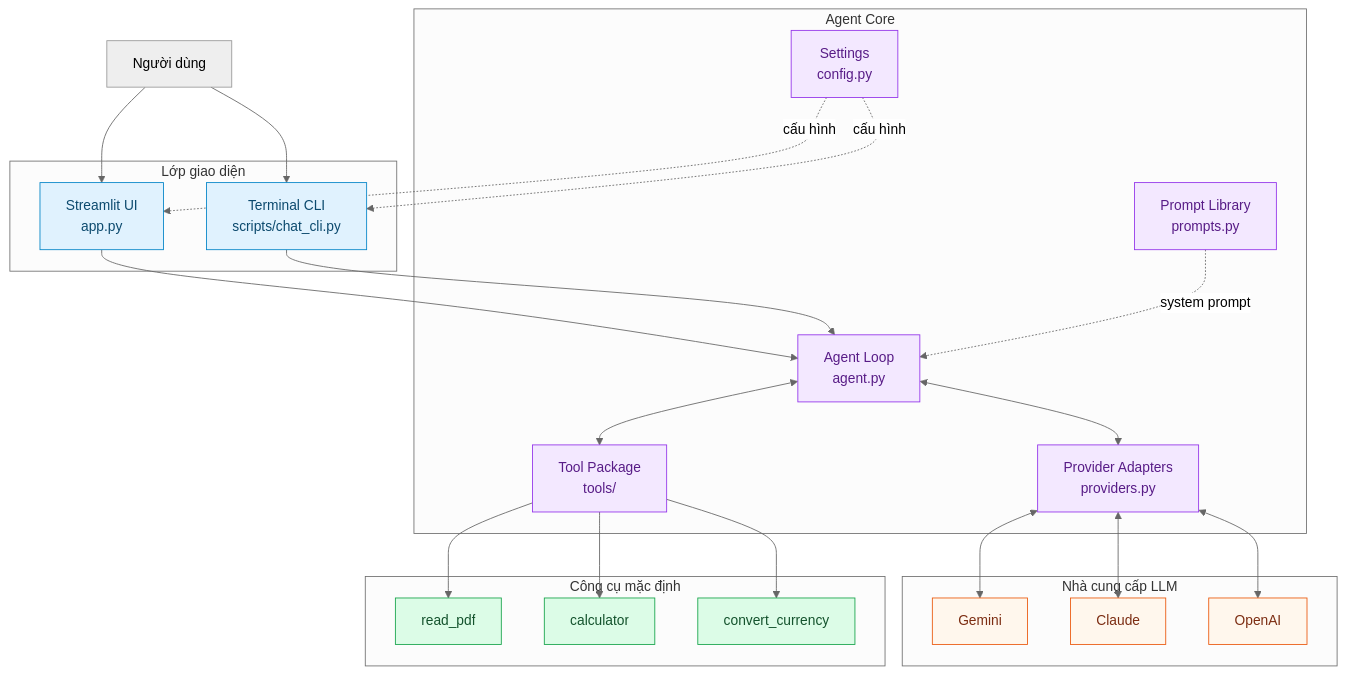
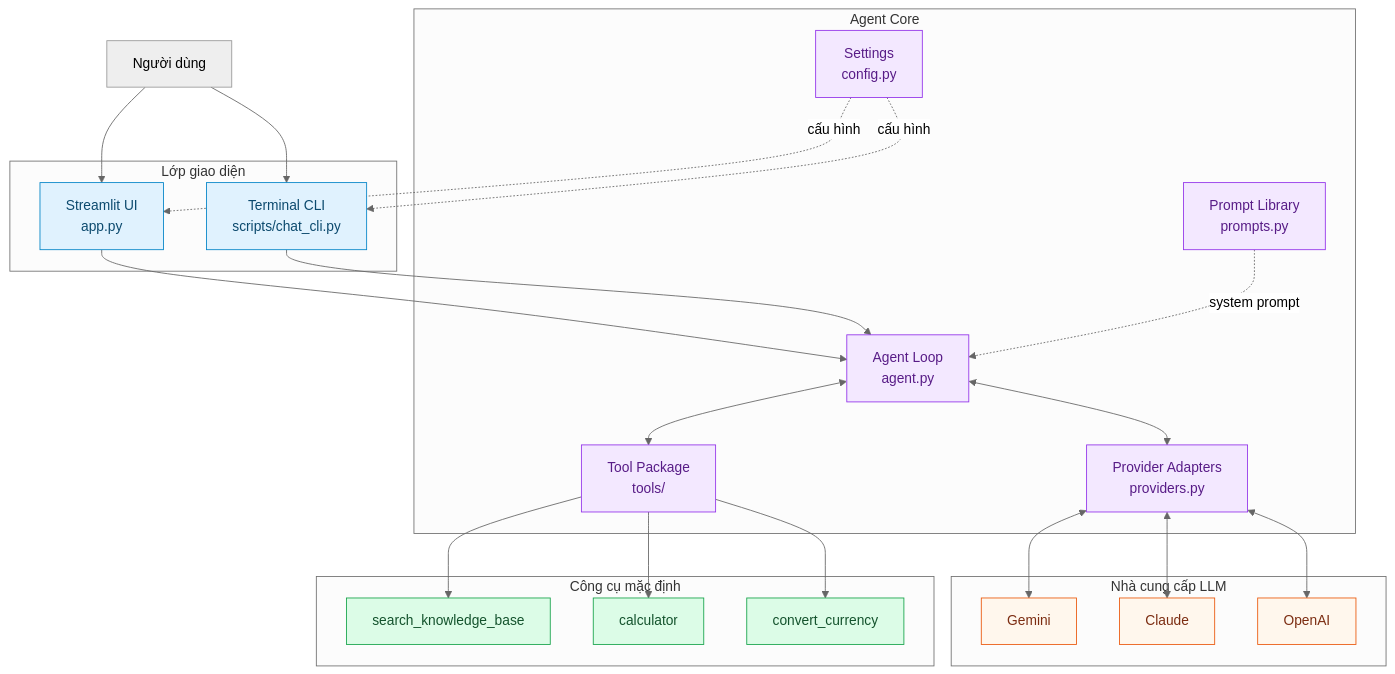
The second of 3 diagrams in README.md (TanMinhNgo/agent-series), drawn with Mermaid (neutral theme) before and after one commit. The commit also changed other lines of this file and 23 other files, not shown here.

First line of the commit message:
feat: Implement PostgreSQL persistence for chat and document knowledge base

````diff
--- a/README.md
+++ b/README.md
@@ -68,54 +68,54 @@
 ```mermaid
 flowchart TB
     U["Người dùng"]
 
     subgraph I["Lớp giao diện"]
         WEB["Streamlit UI<br/>app.py"]
         CLI["Terminal CLI<br/>scripts/chat_cli.py"]
     end
 
     subgraph C["Agent Core"]
         AGENT["Agent Loop<br/>agent.py"]
         PROMPT["Prompt Library<br/>prompts.py"]
         CONFIG["Settings<br/>config.py"]
         ADAPTER["Provider Adapters<br/>providers.py"]
         REGISTRY["Tool Package<br/>tools/"]
     end
 
     subgraph L["Nhà cung cấp LLM"]
         GEMINI["Gemini"]
         CLAUDE["Claude"]
         OPENAI["OpenAI"]
     end
 
     subgraph T["Công cụ mặc định"]
-        PDF["read_pdf"]
+        PDF["search_knowledge_base"]
         CALC["calculator"]
         FX["convert_currency"]
     end
 
     U --> WEB
     U --> CLI
     WEB --> AGENT
     CLI --> AGENT
     CONFIG -. cấu hình .-> WEB
     CONFIG -. cấu hình .-> CLI
     PROMPT -. system prompt .-> AGENT
     AGENT <--> ADAPTER
     ADAPTER <--> GEMINI
     ADAPTER <--> CLAUDE
     ADAPTER <--> OPENAI
     AGENT <--> REGISTRY
     REGISTRY --> PDF
     REGISTRY --> CALC
     REGISTRY --> FX
 
     classDef interface fill:#E0F2FE,stroke:#0284C7,color:#0C4A6E;
     classDef core fill:#F3E8FF,stroke:#9333EA,color:#581C87;
     classDef provider fill:#FFF7ED,stroke:#EA580C,color:#7C2D12;
     classDef tool fill:#DCFCE7,stroke:#16A34A,color:#14532D;
     class WEB,CLI interface;
     class AGENT,PROMPT,CONFIG,ADAPTER,REGISTRY core;
     class GEMINI,CLAUDE,OPENAI provider;
     class PDF,CALC,FX tool;
 ```
````
